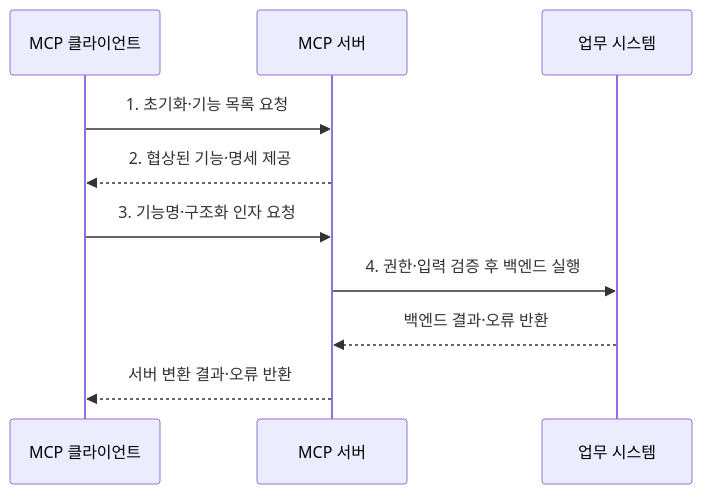
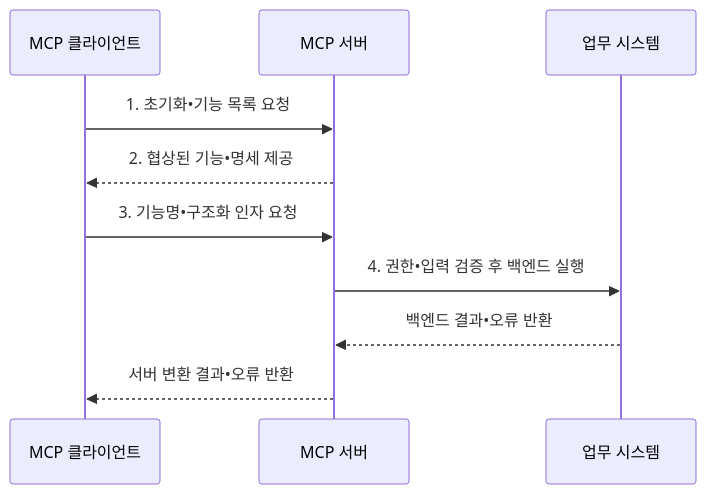
One commit to agnusdei1207/knowledge-base changed the second of 2 diagrams in src/content/docs/notes/08-latest-tech/007_mcp_server.md. Above: the diagram before and after it, drawn with Mermaid. The commit also changed other lines of this file and 953 other files, not shown here.

````diff
--- a/src/content/docs/notes/08-latest-tech/007_mcp_server.md
+++ b/src/content/docs/notes/08-latest-tech/007_mcp_server.md
@@ -110,12 +110,12 @@
 ```mermaid
 sequenceDiagram
     participant C as MCP 클라이언트
     participant S as MCP 서버
     participant B as 업무 시스템
-    C->>S: 1. 초기화·기능 목록 요청
-    S-->>C: 2. 협상된 기능·명세 제공
-    C->>S: 3. 기능명·구조화 인자 요청
-    S->>B: 4. 권한·입력 검증 후 백엔드 실행
-    B-->>S: 백엔드 결과·오류 반환
-    S-->>C: 서버 변환 결과·오류 반환
+    C->>S: 1. 초기화•기능 목록 요청
+    S-->>C: 2. 협상된 기능•명세 제공
+    C->>S: 3. 기능명•구조화 인자 요청
+    S->>B: 4. 권한•입력 검증 후 백엔드 실행
+    B-->>S: 백엔드 결과•오류 반환
+    S-->>C: 서버 변환 결과•오류 반환
 ```
````
